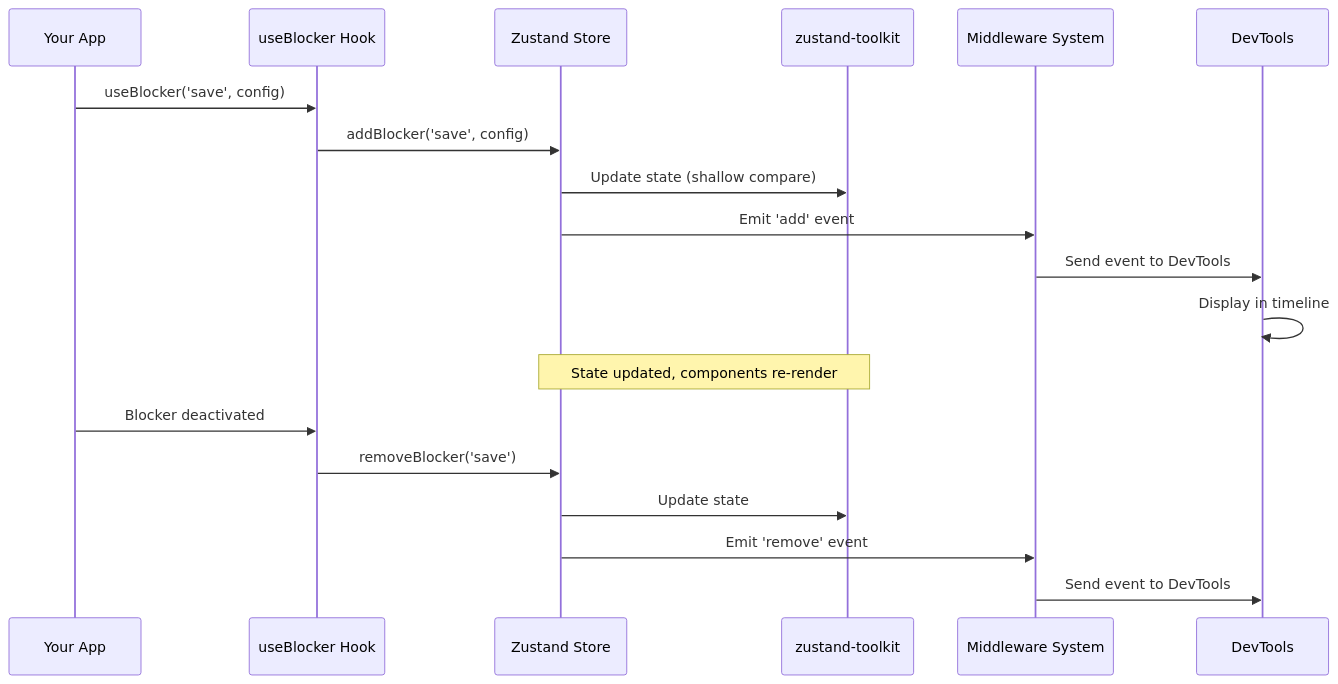
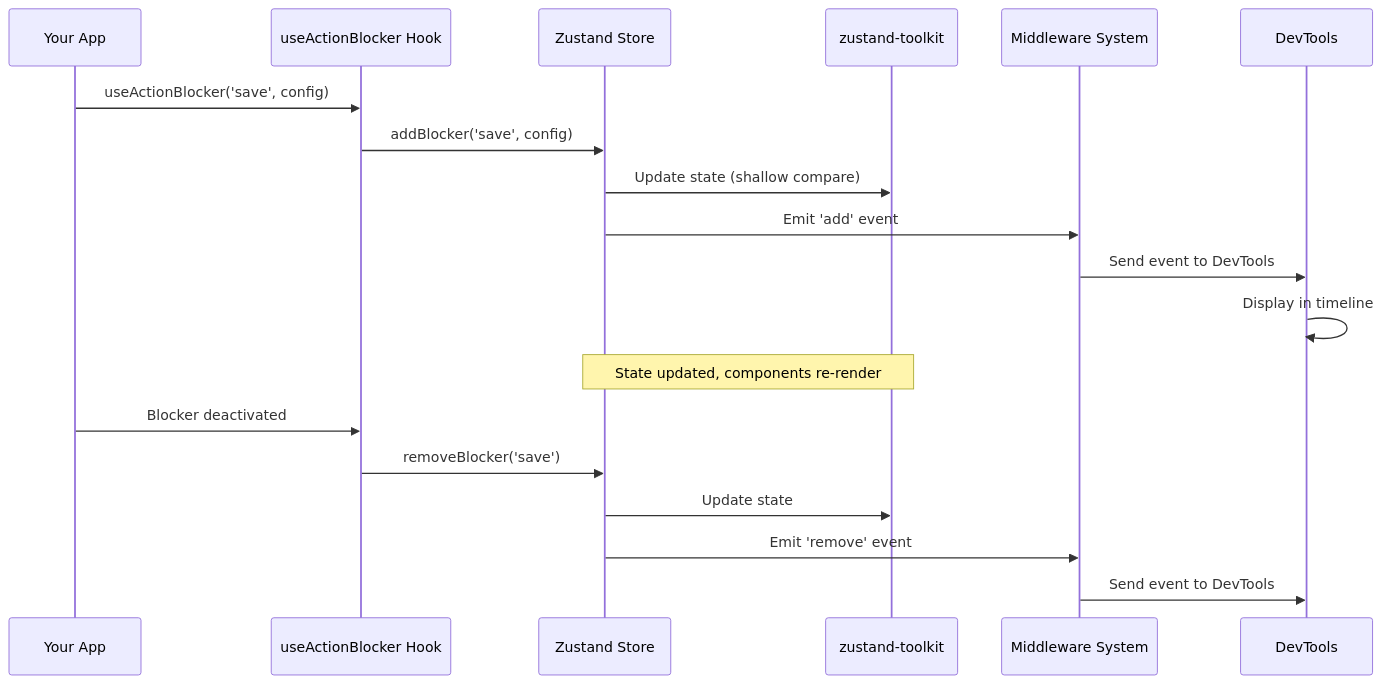
The second of 3 diagrams in packages/docs/src/architecture/index.md (okyrychenko-dev/react-action-guard), drawn with Mermaid before and after one commit. The commit also changed other lines of this file and 39 other files, not shown here.

````diff
--- a/packages/docs/src/architecture/index.md
+++ b/packages/docs/src/architecture/index.md
@@ -153,24 +153,24 @@
 ```mermaid
 sequenceDiagram
     participant App as Your App
-    participant Hook as useBlocker Hook
+    participant Hook as useActionBlocker Hook
     participant Store as Zustand Store
     participant Toolkit as zustand-toolkit
     participant Middleware as Middleware System
     participant DevTools as DevTools
     
-    App->>Hook: useBlocker('save', config)
+    App->>Hook: useActionBlocker('save', config)
     Hook->>Store: addBlocker('save', config)
     Store->>Toolkit: Update state (shallow compare)
     Store->>Middleware: Emit 'add' event
     Middleware->>DevTools: Send event to DevTools
     DevTools->>DevTools: Display in timeline
     
     Note over Store,Toolkit: State updated, components re-render
     
     App->>Hook: Blocker deactivated
     Hook->>Store: removeBlocker('save')
     Store->>Toolkit: Update state
     Store->>Middleware: Emit 'remove' event
     Middleware->>DevTools: Send event to DevTools
 ```
````
